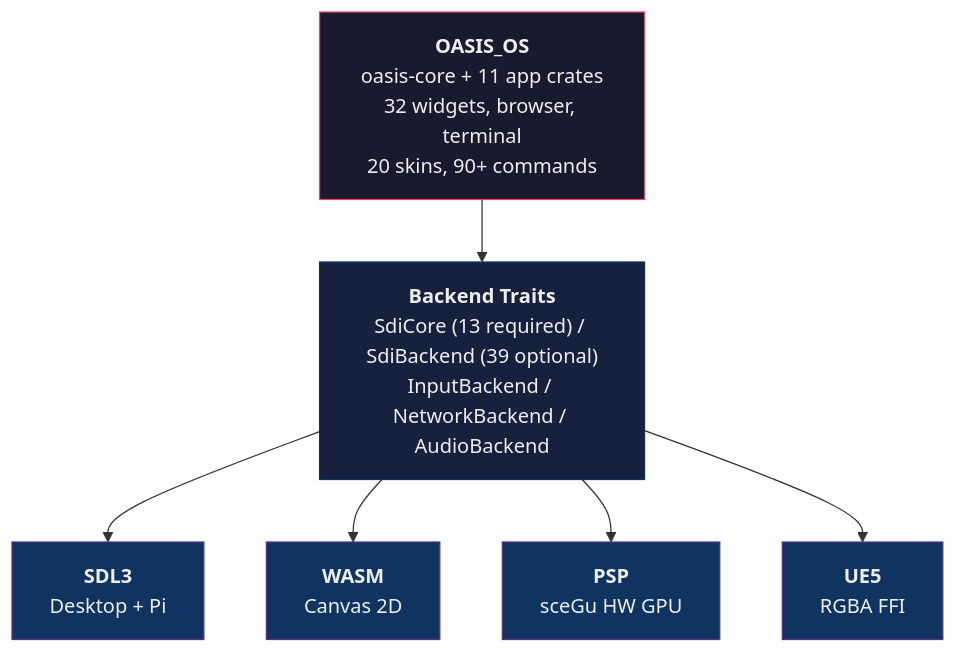
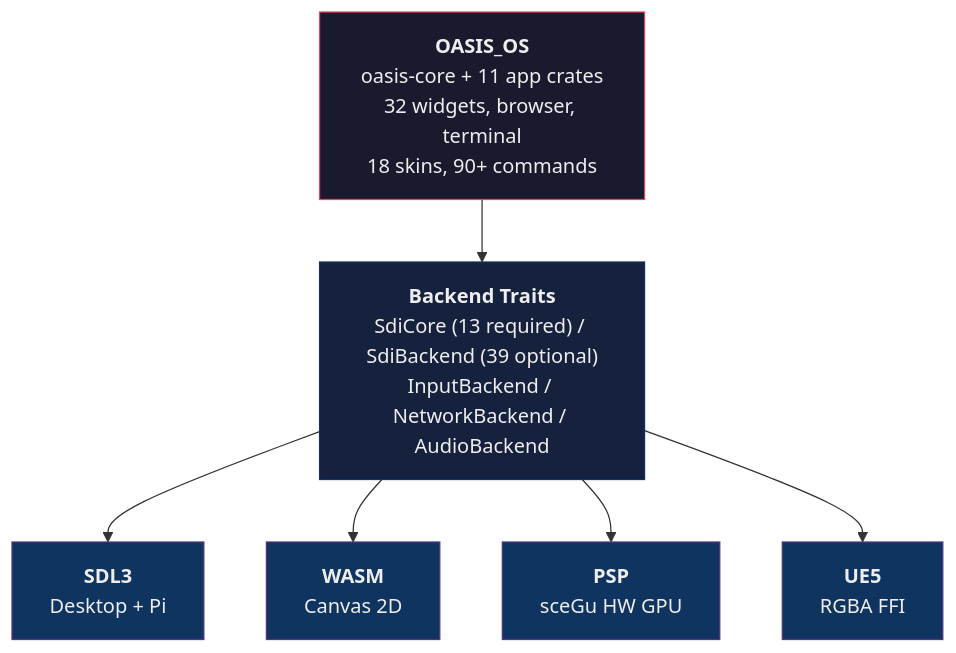
Before and after one commit to AndrewAltimit/oasis-os: the diagram in README.md, drawn with Mermaid. The commit also changed other lines of this file and 36 other files, not shown here.

````diff
--- a/README.md
+++ b/README.md
@@ -41,23 +41,23 @@
 ```mermaid
 graph TD
-    APP["<b>OASIS_OS</b><br/>oasis-core + 11 app crates<br/>32 widgets, browser, terminal<br/>20 skins, 90+ commands"]
+    APP["<b>OASIS_OS</b><br/>oasis-core + 11 app crates<br/>32 widgets, browser, terminal<br/>18 skins, 90+ commands"]
     TRAITS["<b>Backend Traits</b><br/>SdiCore (13 required) / SdiBackend (39 optional)<br/>InputBackend / NetworkBackend / AudioBackend"]
 
     SDL["<b>SDL3</b><br/>Desktop + Pi"]
     WASM["<b>WASM</b><br/>Canvas 2D"]
     PSP["<b>PSP</b><br/>sceGu HW GPU"]
     UE5["<b>UE5</b><br/>RGBA FFI"]
 
     APP --> TRAITS
     TRAITS --> SDL
     TRAITS --> WASM
     TRAITS --> PSP
     TRAITS --> UE5
 
     style APP fill:#1a1a2e,stroke:#e94560,color:#eee
     style TRAITS fill:#16213e,stroke:#0f3460,color:#eee
     style SDL fill:#0f3460,stroke:#533483,color:#eee
     style WASM fill:#0f3460,stroke:#533483,color:#eee
     style PSP fill:#0f3460,stroke:#533483,color:#eee
     style UE5 fill:#0f3460,stroke:#533483,color:#eee
 ```
````
